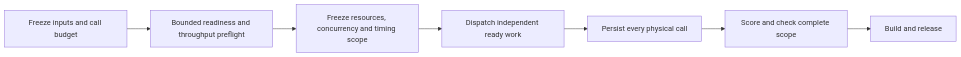
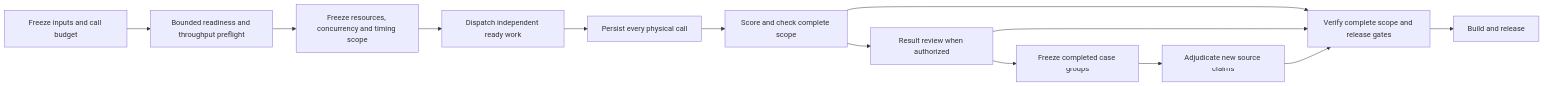
The diagram in docs/benchmark-execution.md (lexmount/browser-eval), drawn with Mermaid before and after one commit. The commit also changed other lines of this file and 12 other files, not shown here.

````diff
--- a/docs/benchmark-execution.md
+++ b/docs/benchmark-execution.md
@@ -9,9 +9,15 @@
 ```mermaid
 flowchart LR
     Inputs[Freeze inputs and call budget] --> Probe[Bounded readiness and throughput preflight]
     Probe --> Plan[Freeze resources, concurrency and timing scope]
     Plan --> Calls[Dispatch independent ready work]
     Calls --> Saved[Persist every physical call]
     Saved --> Score[Score and check complete scope]
-    Score --> Report[Build and release]
+    Score --> Review[Result review when authorized]
+    Review --> Ready[Freeze completed case groups]
+    Ready --> Adjudicate[Adjudicate new source claims]
+    Score --> Gates[Verify complete scope and release gates]
+    Review --> Gates
+    Adjudicate --> Gates
+    Gates --> Report[Build and release]
 ```
````
